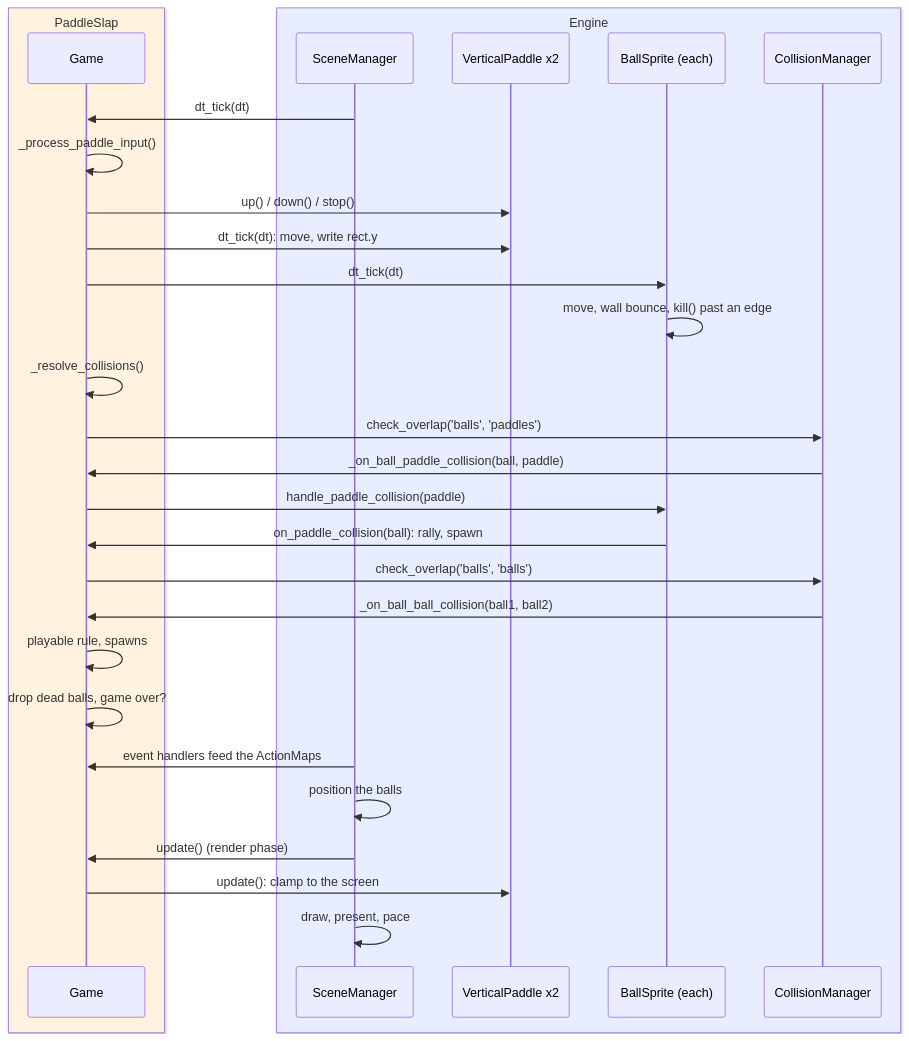
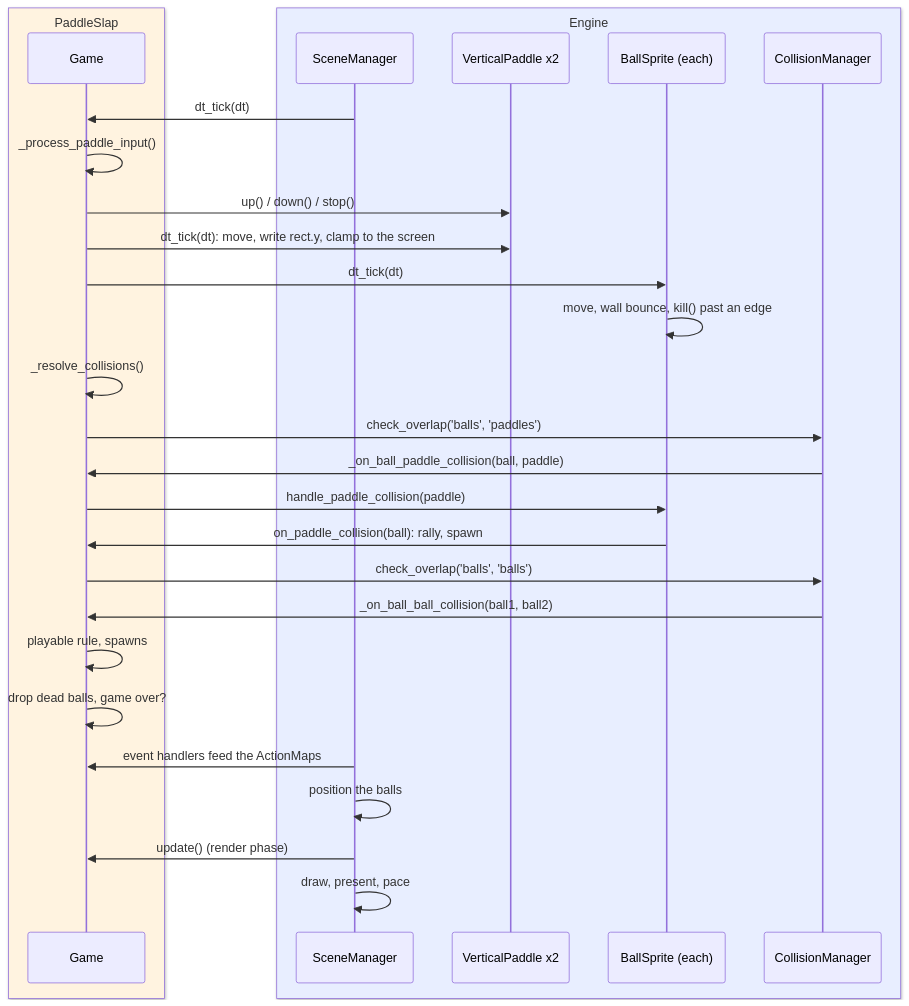
One commit to terrysimons/glitchygames changed the fifth of 7 diagrams in docs/games/paddleslap.md. Above: the diagram before and after it, drawn with Mermaid. The commit also changed other lines of this file and 93 other files, not shown here.

````diff
--- a/docs/games/paddleslap.md
+++ b/docs/games/paddleslap.md
@@ -307,33 +306,32 @@
 ```mermaid
 sequenceDiagram
     box rgb(255,243,224) PaddleSlap
         participant G as Game
     end
     box rgb(232,238,255) Engine
         participant SM as SceneManager
         participant P as VerticalPaddle x2
         participant B as BallSprite (each)
         participant CM as CollisionManager
     end
 
     SM->>G: dt_tick(dt)
     G->>G: _process_paddle_input()
     G->>P: up() / down() / stop()
-    G->>P: dt_tick(dt): move, write rect.y
+    G->>P: dt_tick(dt): move, write rect.y, clamp to the screen
     G->>B: dt_tick(dt)
     B->>B: move, wall bounce, kill() past an edge
     G->>G: _resolve_collisions()
     G->>CM: check_overlap('balls', 'paddles')
     CM->>G: _on_ball_paddle_collision(ball, paddle)
     G->>B: handle_paddle_collision(paddle)
     B->>G: on_paddle_collision(ball): rally, spawn
     G->>CM: check_overlap('balls', 'balls')
     CM->>G: _on_ball_ball_collision(ball1, ball2)
     G->>G: playable rule, spawns
     G->>G: drop dead balls, game over?
     SM->>G: event handlers feed the ActionMaps
     SM->>SM: position the balls
     SM->>G: update() (render phase)
-    G->>P: update(): clamp to the screen
     SM->>SM: draw, present, pace
 ```
````
